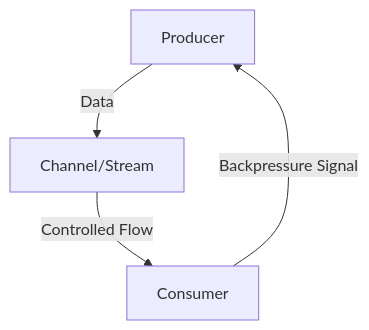
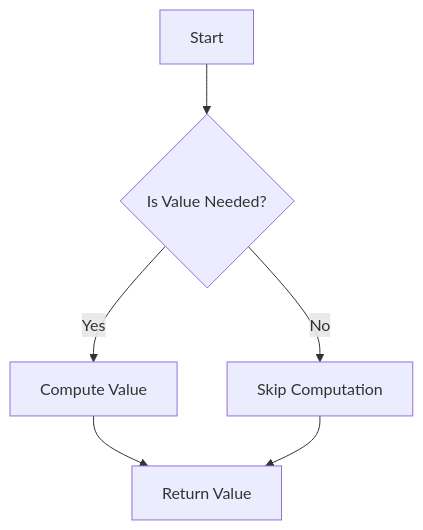
The diagram in content/patterns-clojure/10/5/index.md (MasteryEducation/SoftwarePatternsLexicon.com), drawn with Mermaid before and after one commit. The commit also changed other lines of this file and 462 other files, not shown here.

````diff
--- a/content/patterns-clojure/10/5/index.md
+++ b/content/patterns-clojure/10/5/index.md
@@ -140,6 +102,8 @@
 ```mermaid
 graph TD;
-    A[Producer] -->|Data| B[Channel/Stream];
-    B -->|Controlled Flow| C[Consumer];
-    C -->|Backpressure Signal| A;
+    A[Start] --> B{Is Value Needed?}
+    B -- Yes --> C[Compute Value]
+    B -- No --> D[Skip Computation]
+    C --> E[Return Value]
+    D --> E
 ```
````
